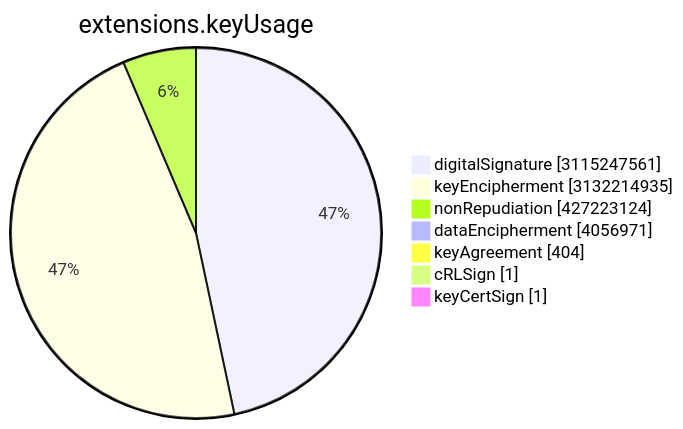
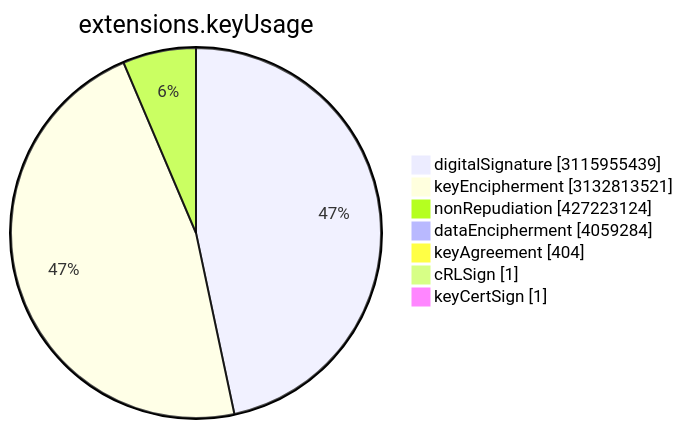
One commit to christiankrug/ctmonitor_visualization changed the sixth of 15 diagrams in TOTAL/README.md. Above: the diagram before and after it, drawn with Mermaid. The commit also changed other lines of this file, not shown here.

````diff
--- a/TOTAL/README.md
+++ b/TOTAL/README.md
@@ -3077,11 +3077,11 @@
 ```mermaid
 pie showData
 title extensions.keyUsage
-"digitalSignature" :3115247561
-"keyEncipherment" :3132214935
+"digitalSignature" :3115955439
+"keyEncipherment" :3132813521
 "nonRepudiation" :427223124
-"dataEncipherment" :4056971
+"dataEncipherment" :4059284
 "keyAgreement" :404
 "cRLSign" :1
 "keyCertSign" :1
 ```
````
